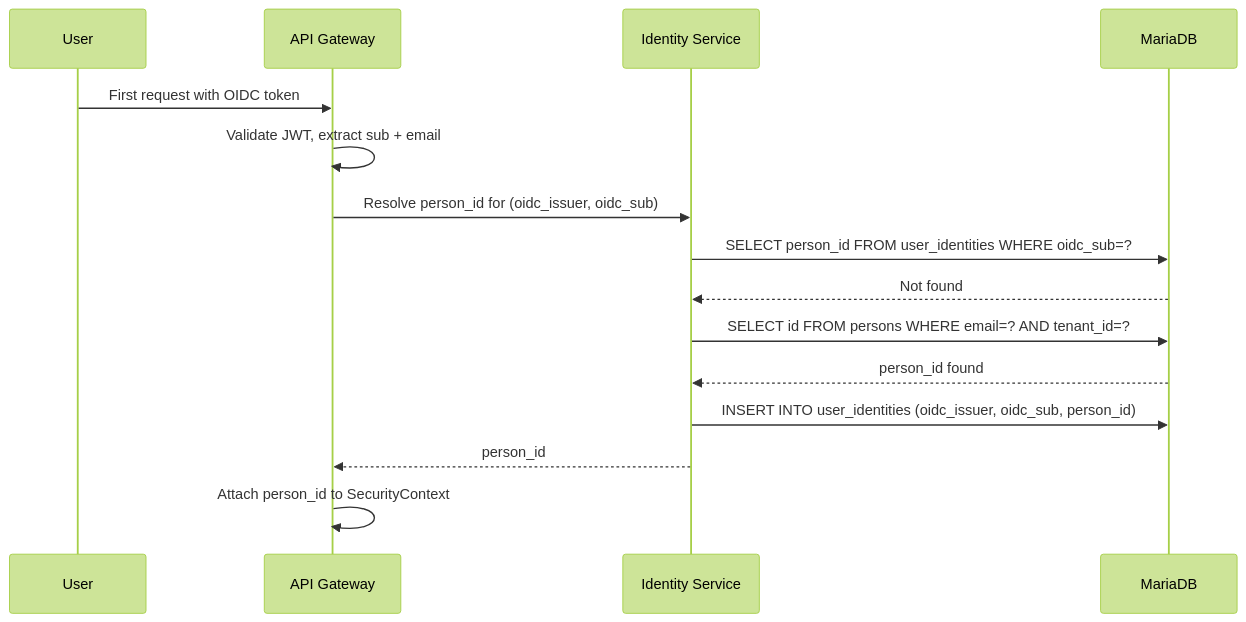
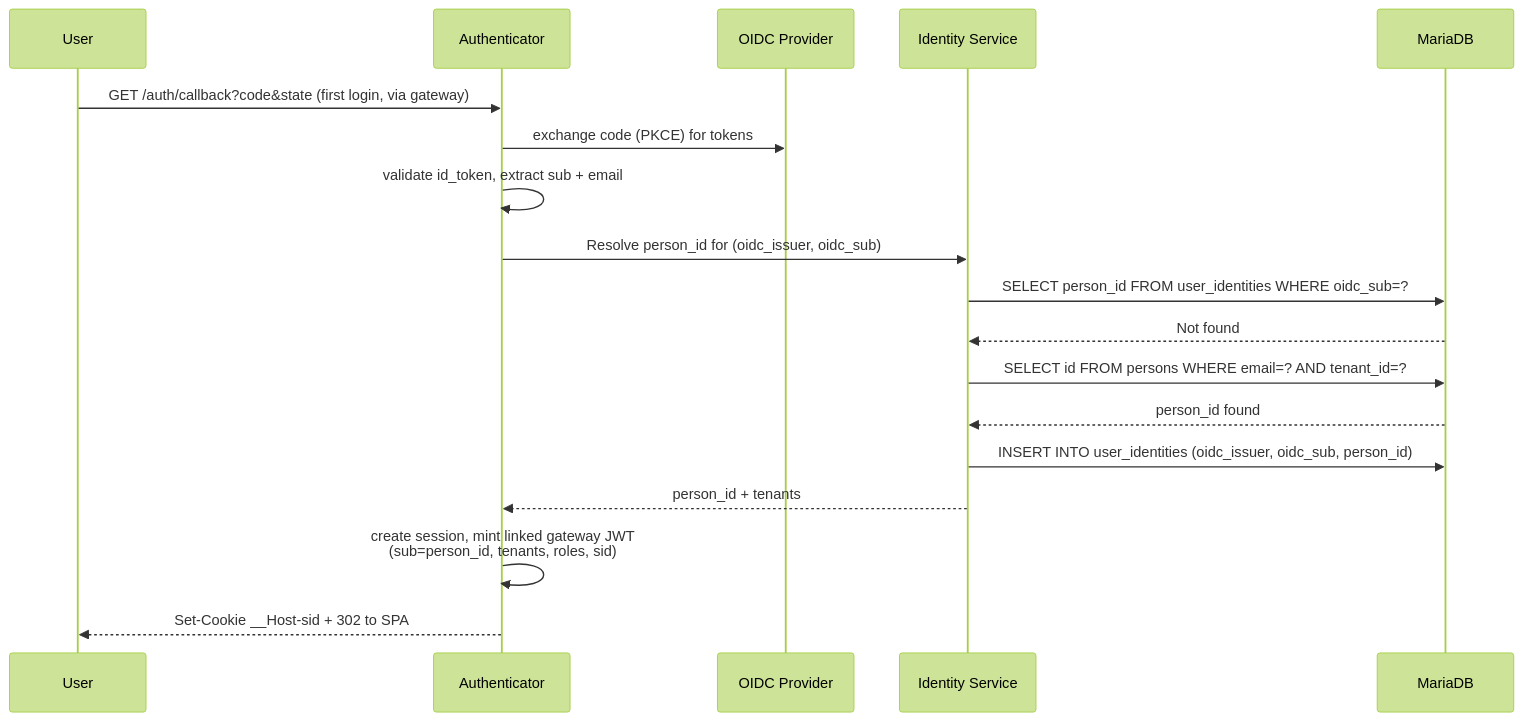
Before and after one commit to constructorfabric/insight: the fifth of 5 diagrams in docs/components/backend/specs/DESIGN.md, drawn with Mermaid (forest theme). The commit also changed other lines of this file and 11 other files, not shown here.

````diff
--- a/docs/components/backend/specs/DESIGN.md
+++ b/docs/components/backend/specs/DESIGN.md
@@ -847,18 +910,21 @@
 ```mermaid
 sequenceDiagram
     participant U as User
-    participant GW as API Gateway
+    participant AUTH as Authenticator
+    participant I as OIDC Provider
     participant IS as Identity Service
     participant DB as MariaDB
 
-    U->>GW: First request with OIDC token
-    GW->>GW: Validate JWT, extract sub + email
-    GW->>IS: Resolve person_id for (oidc_issuer, oidc_sub)
+    U->>AUTH: GET /auth/callback?code&state (first login, via gateway)
+    AUTH->>I: exchange code (PKCE) for tokens
+    AUTH->>AUTH: validate id_token, extract sub + email
+    AUTH->>IS: Resolve person_id for (oidc_issuer, oidc_sub)
     IS->>DB: SELECT person_id FROM user_identities WHERE oidc_sub=?
     DB-->>IS: Not found
     IS->>DB: SELECT id FROM persons WHERE email=? AND tenant_id=?
     DB-->>IS: person_id found
     IS->>DB: INSERT INTO user_identities (oidc_issuer, oidc_sub, person_id)
-    IS-->>GW: person_id
-    GW->>GW: Attach person_id to SecurityContext
+    IS-->>AUTH: person_id + tenants
+    AUTH->>AUTH: create session, mint linked gateway JWT<br/>(sub=person_id, tenants, roles, sid)
+    AUTH-->>U: Set-Cookie __Host-sid + 302 to SPA
 ```
````
